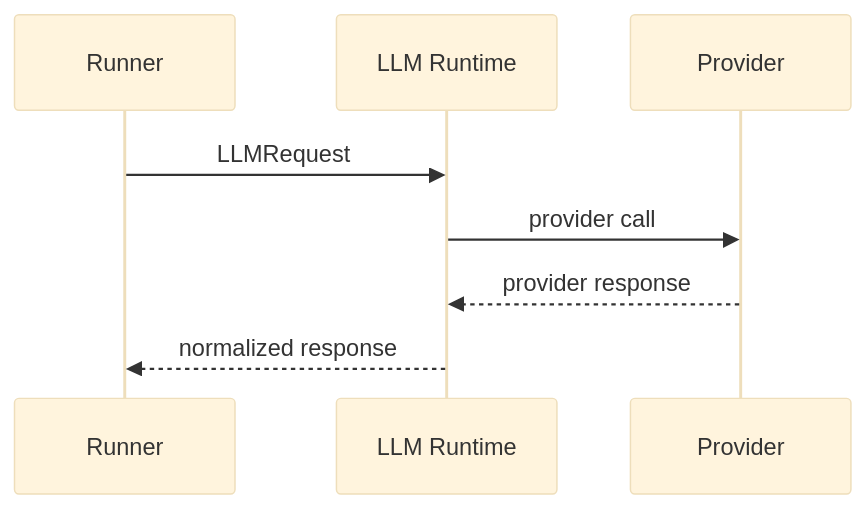
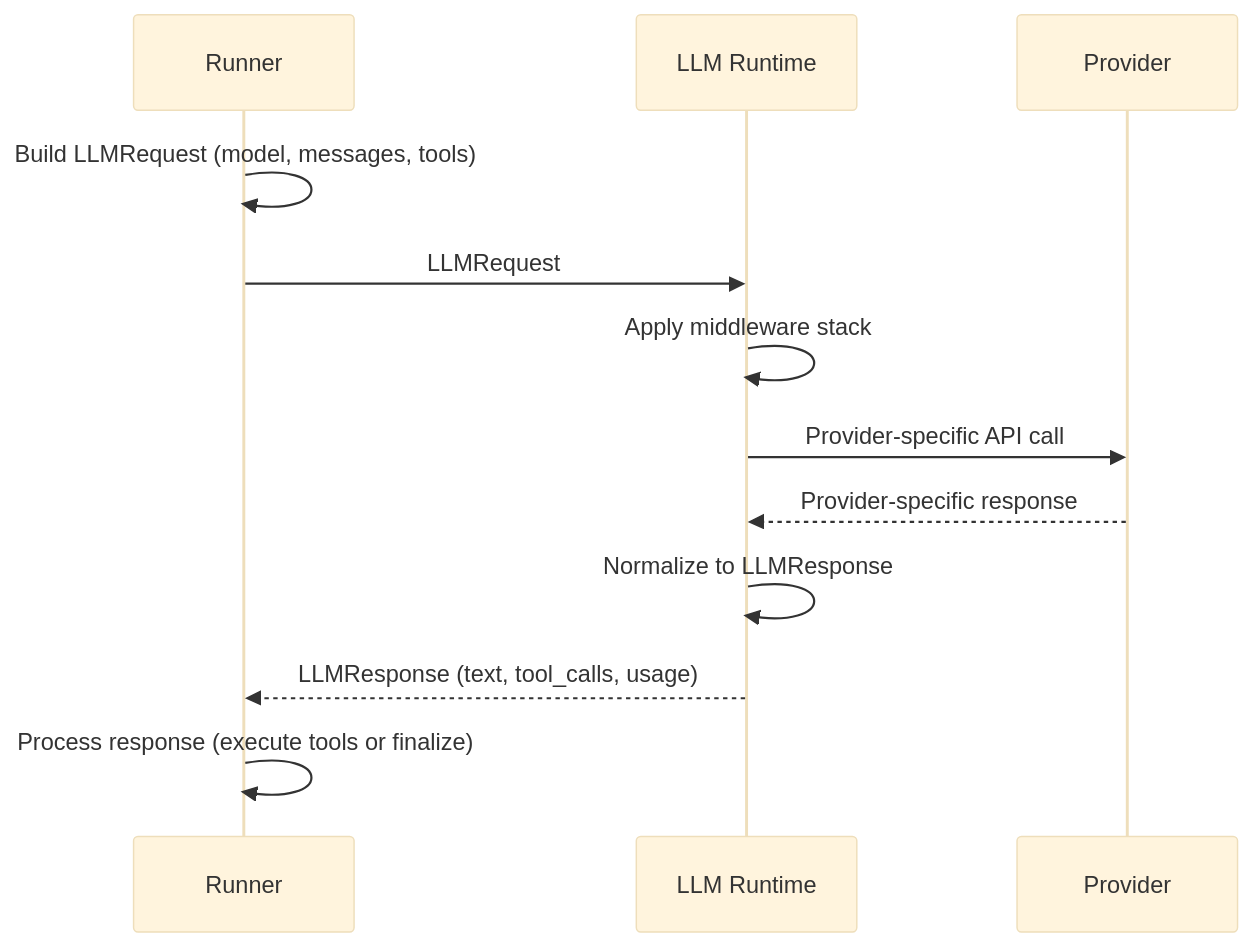
One commit to Luseefor/afk changed the diagram in docs/library/llm-interaction.mdx. Above: the diagram before and after it, drawn with Mermaid (base theme). The commit also changed other lines of this file and 50 other files, not shown here.

````diff
--- a/docs/library/llm-interaction.mdx
+++ b/docs/library/llm-interaction.mdx
@@ -8,11 +12,15 @@
 ```mermaid
 sequenceDiagram
     participant Runner
     participant LLM Runtime
     participant Provider
 
+    Runner->>Runner: Build LLMRequest (model, messages, tools)
     Runner->>LLM Runtime: LLMRequest
-    LLM Runtime->>Provider: provider call
-    Provider-->>LLM Runtime: provider response
-    LLM Runtime-->>Runner: normalized response
+    LLM Runtime->>LLM Runtime: Apply middleware stack
+    LLM Runtime->>Provider: Provider-specific API call
+    Provider-->>LLM Runtime: Provider-specific response
+    LLM Runtime->>LLM Runtime: Normalize to LLMResponse
+    LLM Runtime-->>Runner: LLMResponse (text, tool_calls, usage)
+    Runner->>Runner: Process response (execute tools or finalize)
 ```
````
